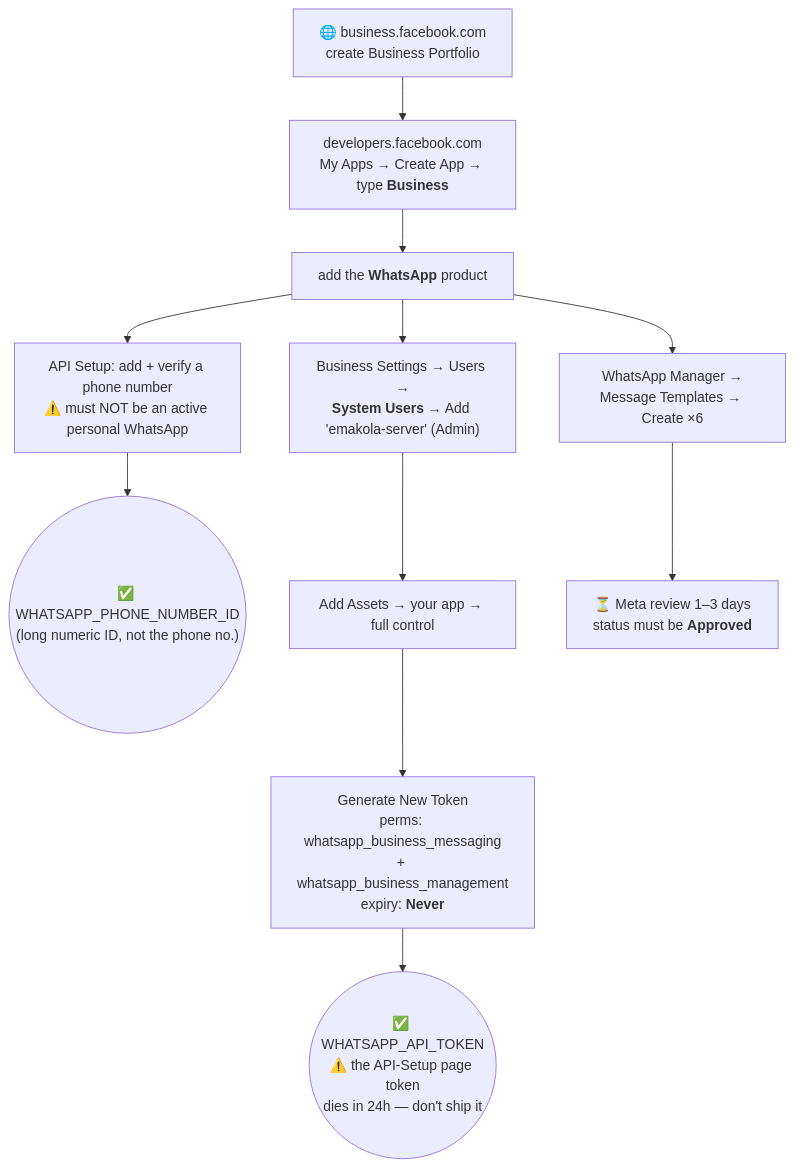
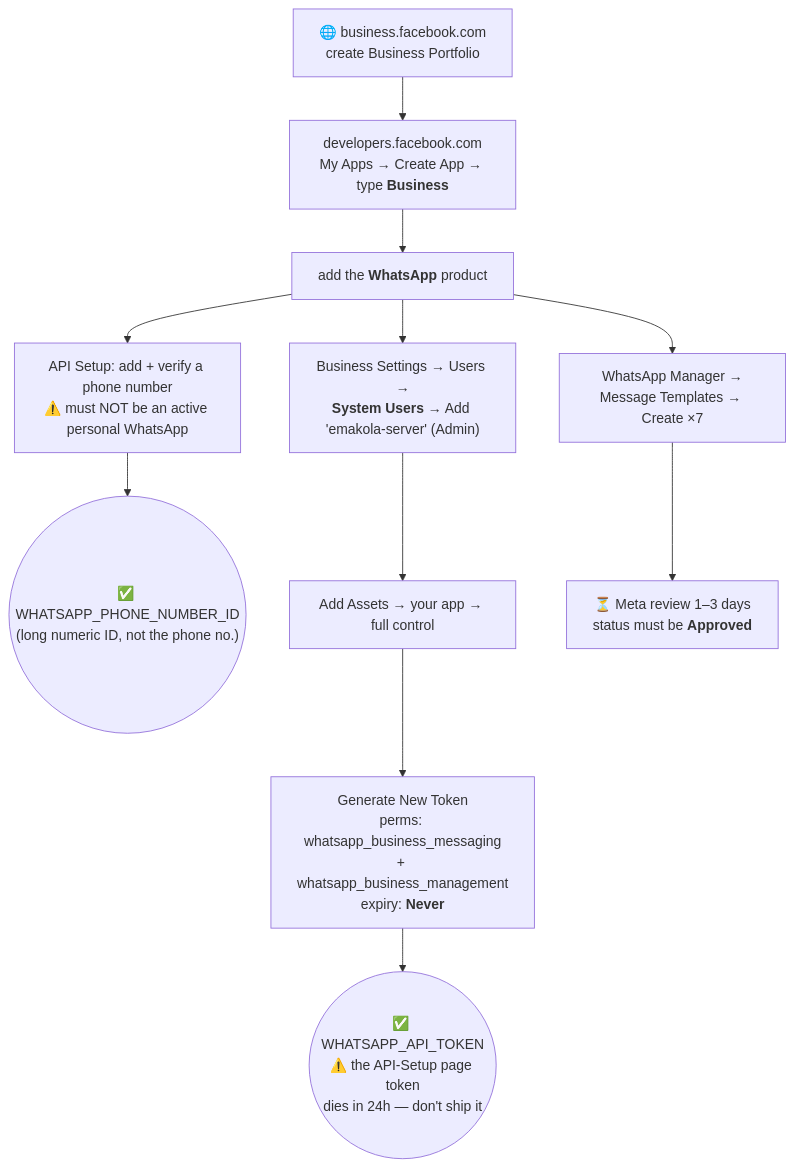
The sixth of 14 diagrams in docs/PROVIDER_SETUP.md (kojjob/emakola), drawn with Mermaid before and after one commit. The commit also changed other lines of this file and 2 other files, not shown here.

First line of the commit message:
docs(notifications): document the seventh WhatsApp template + direction-aware routing

````diff
--- a/docs/PROVIDER_SETUP.md
+++ b/docs/PROVIDER_SETUP.md
@@ -144,13 +144,13 @@
 ```mermaid
 flowchart TD
     A["🌐 business.facebook.com<br/>create Business Portfolio"] --> B["developers.facebook.com<br/>My Apps → Create App → type <b>Business</b>"]
     B --> C["add the <b>WhatsApp</b> product"]
     C --> D["API Setup: add + verify a phone number<br/>⚠️ must NOT be an active personal WhatsApp"]
     D --> E(("✅ WHATSAPP_PHONE_NUMBER_ID<br/>(long numeric ID, not the phone no.)"))
     C --> F["Business Settings → Users →<br/><b>System Users</b> → Add 'emakola-server' (Admin)"]
     F --> G["Add Assets → your app → full control"]
     G --> H["Generate New Token<br/>perms: whatsapp_business_messaging<br/>+ whatsapp_business_management<br/>expiry: <b>Never</b>"]
     H --> I(("✅ WHATSAPP_API_TOKEN<br/>⚠️ the API-Setup page token<br/>dies in 24h — don't ship it"))
-    C --> J["WhatsApp Manager →<br/>Message Templates → Create ×6"]
+    C --> J["WhatsApp Manager →<br/>Message Templates → Create ×7"]
     J --> K["⏳ Meta review 1–3 days<br/>status must be <b>Approved</b>"]
 ```
````
